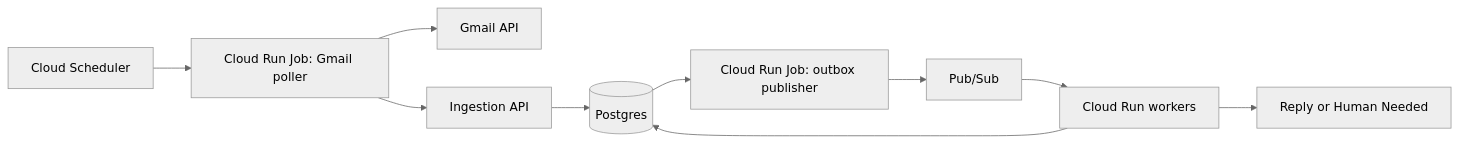
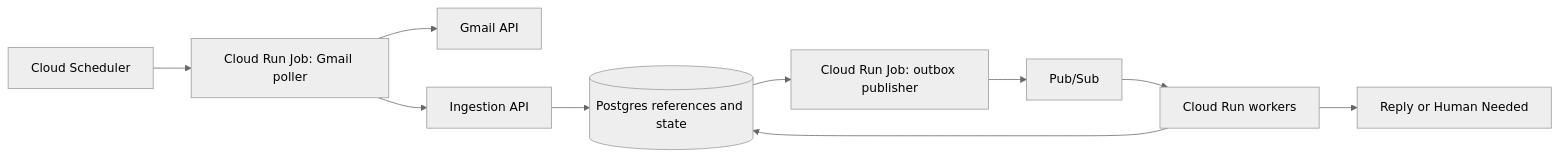
Before and after one commit to the-ai-engineer/ai-architect-v2: the fourth of 4 diagrams in docs/ai-system-architecture-patterns/design.md, drawn with Mermaid (neutral theme). The commit also changed other lines of this file and 2 other files, not shown here.

````diff
--- a/docs/ai-system-architecture-patterns/design.md
+++ b/docs/ai-system-architecture-patterns/design.md
@@ -166,12 +166,12 @@
 ```mermaid
 flowchart LR
     Scheduler["Cloud Scheduler"] --> Poller["Cloud Run Job: Gmail poller"]
     Poller --> Gmail["Gmail API"]
     Poller --> API["Ingestion API"]
-    API --> DB[("Postgres")]
+    API --> DB[("Postgres references and state")]
     DB --> Outbox["Cloud Run Job: outbox publisher"]
     Outbox --> Queue["Pub/Sub"]
     Queue --> Workers["Cloud Run workers"]
     Workers --> DB
     Workers --> Action["Reply or Human Needed"]
 ```
````
